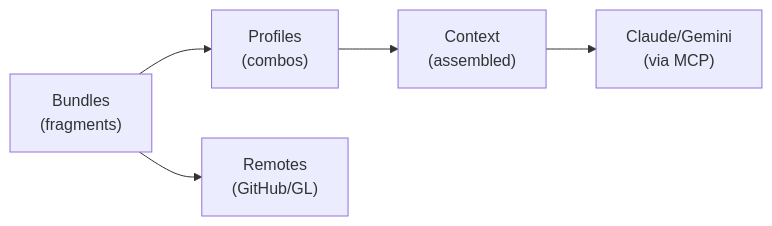
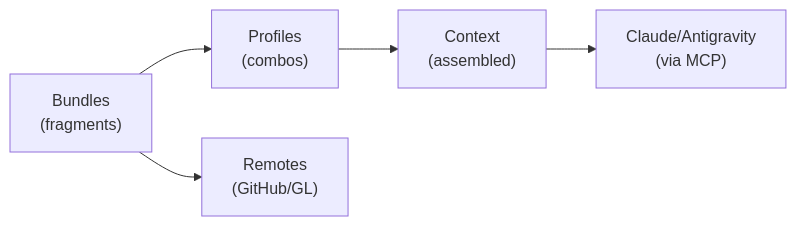
The diagram in website/src/content/docs/index.mdx (ctxloom/ctxloom), drawn with Mermaid before and after one commit. The commit also changed other lines of this file and 49 other files, not shown here.

First line of the commit message:
fix!: make the antigravity backend deliver context, bind sessions, and stamp plans

````diff
--- a/website/src/content/docs/index.mdx
+++ b/website/src/content/docs/index.mdx
@@ -117,7 +117,7 @@
 ```mermaid
 flowchart LR
     Bundles["Bundles<br/>(fragments)"] --> Profiles["Profiles<br/>(combos)"]
     Profiles --> Context["Context<br/>(assembled)"]
     Bundles --> Remotes["Remotes<br/>(GitHub/GL)"]
-    Context --> AI["Claude/Gemini<br/>(via MCP)"]
+    Context --> AI["Claude/Antigravity<br/>(via MCP)"]
 ```
````
